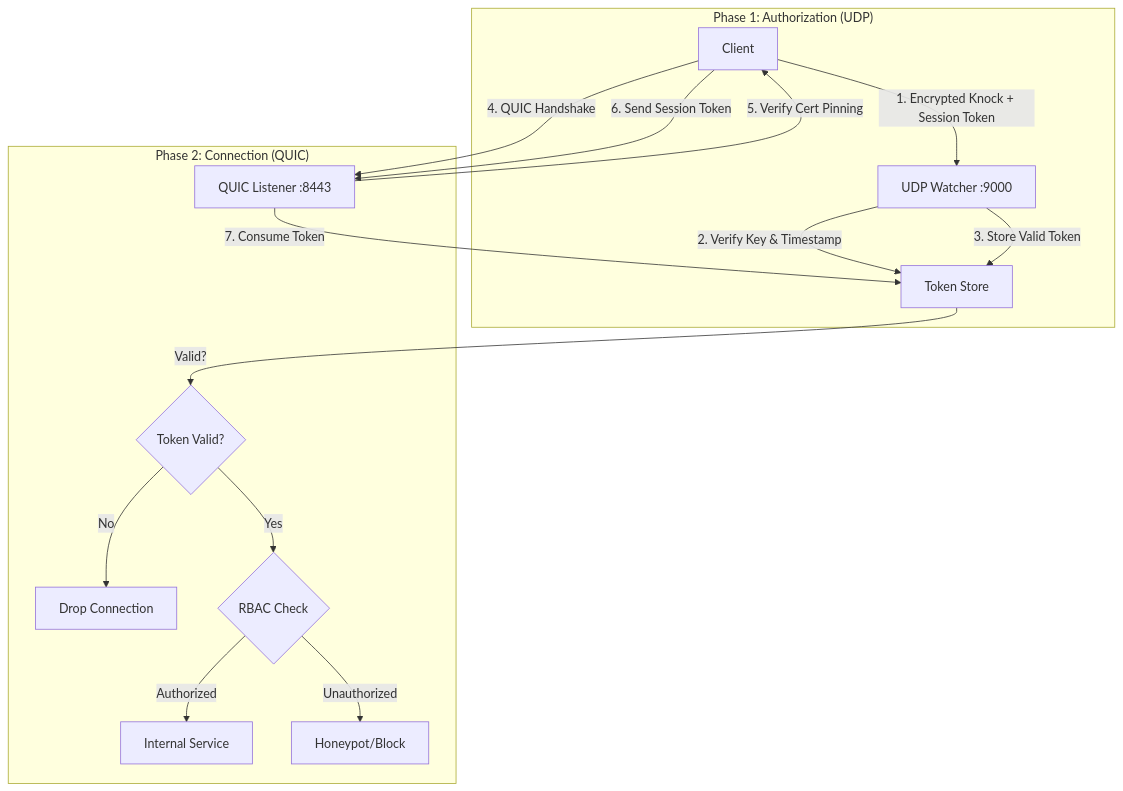
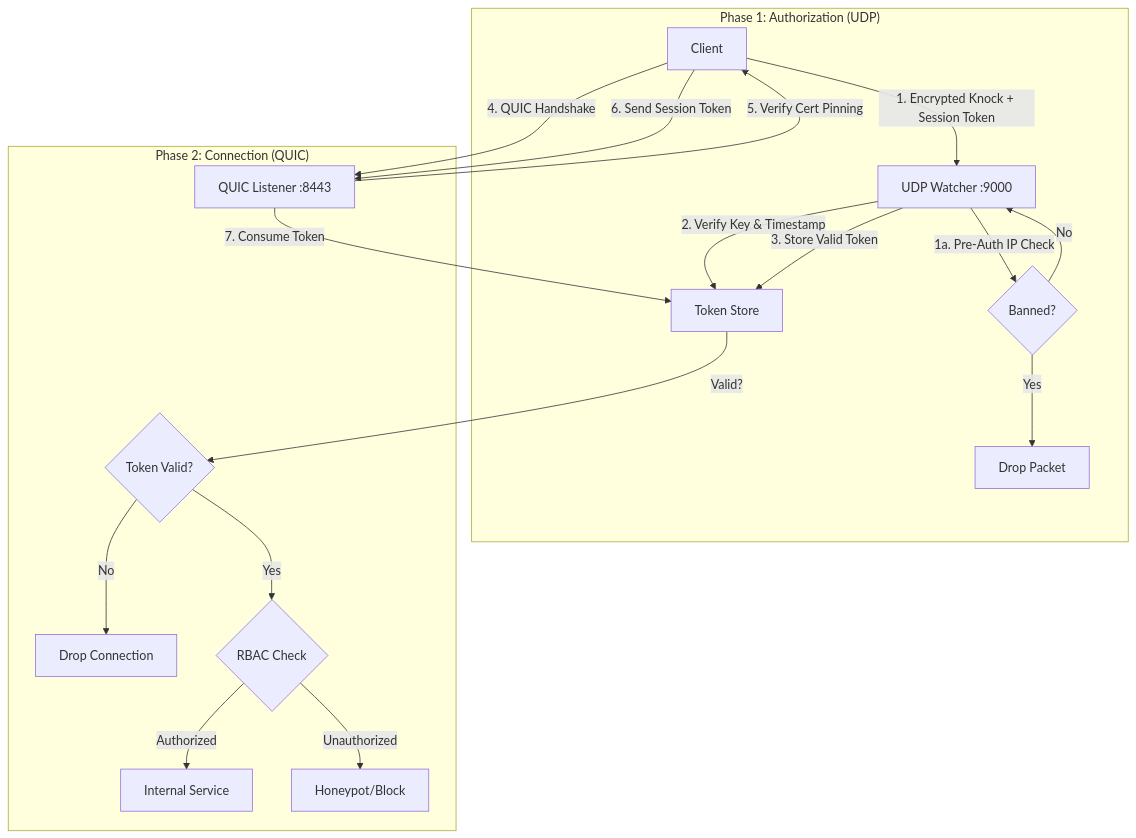
One commit to PeteMadCoder/GhostPort changed the diagram in README.md. Above: the diagram before and after it, drawn with Mermaid. The commit also changed other lines of this file and 24 other files, not shown here.

````diff
--- a/README.md
+++ b/README.md
@@ -16,20 +16,23 @@
 ```mermaid
 graph TD
     subgraph "Phase 1: Authorization (UDP)"
         A[Client] -->|1. Encrypted Knock + Session Token| B[UDP Watcher :9000]
+        B -->|1a. Pre-Auth IP Check| J{Banned?}
+        J -->|Yes| K[Drop Packet]
+        J -->|No| B
         B -->|2. Verify Key & Timestamp| C[Token Store]
         B -->|3. Store Valid Token| C
     end
 
     subgraph "Phase 2: Connection (QUIC)"
         A -->|4. QUIC Handshake| D[QUIC Listener :8443]
         D -->|5. Verify Cert Pinning| A
         A -->|6. Send Session Token| D
         D -->|7. Consume Token| C
         C -->|Valid?| E{Token Valid?}
         E -->|No| G[Drop Connection]
         E -->|Yes| H{RBAC Check}
         H -->|Authorized| F[Internal Service]
         H -->|Unauthorized| I[Honeypot/Block]
     end
 ```
````
